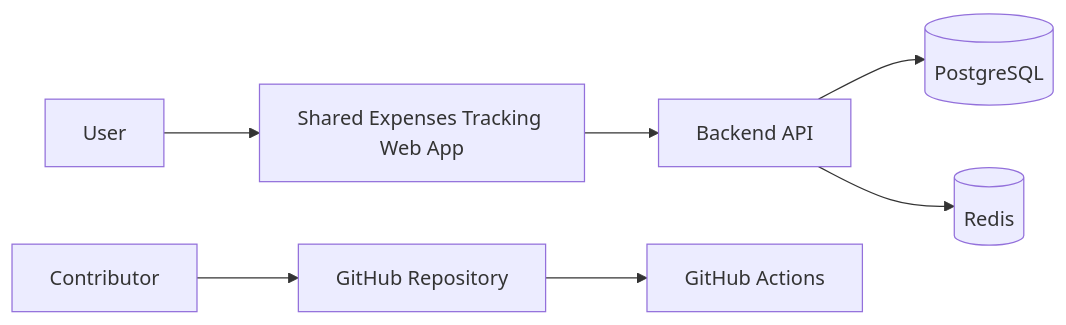
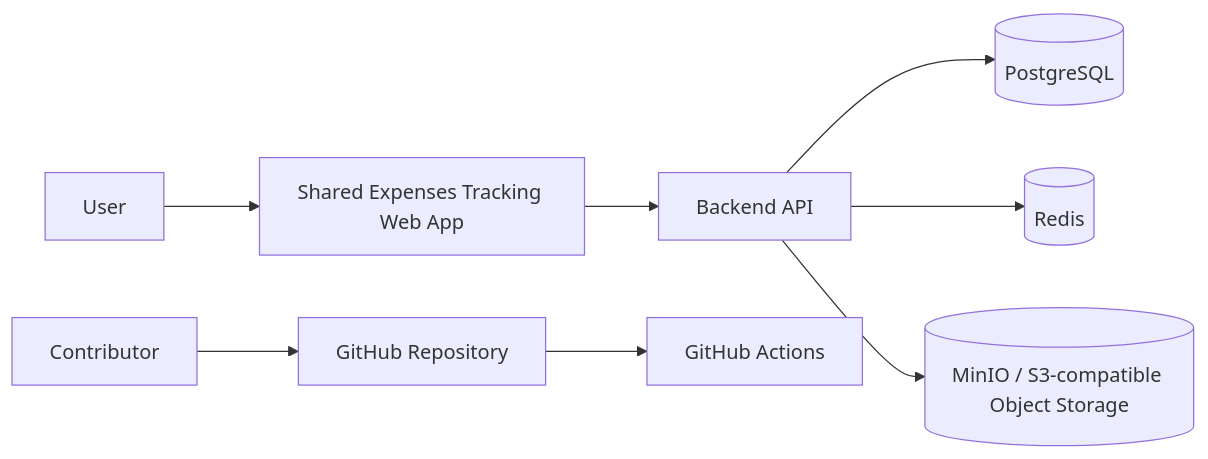
One commit to creep1ng/shared-expenses-tracking changed the first of 2 diagrams in docs/architecture/system-overview.md. Above: the diagram before and after it, drawn with Mermaid. The commit also changed other lines of this file and 33 other files, not shown here.

````diff
--- a/docs/architecture/system-overview.md
+++ b/docs/architecture/system-overview.md
@@ -24,9 +24,10 @@
 ```mermaid
 flowchart LR
     user[User] --> web[Shared Expenses Tracking Web App]
     web --> api[Backend API]
     api --> db[(PostgreSQL)]
     api --> redis[(Redis)]
+    api --> object[(MinIO / S3-compatible Object Storage)]
     dev[Contributor] --> repo[GitHub Repository]
     repo --> ci[GitHub Actions]
 ```
````
